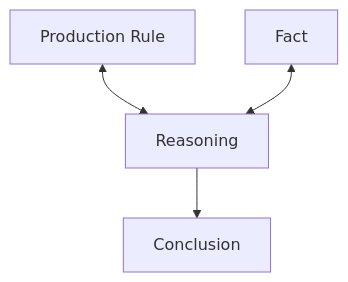
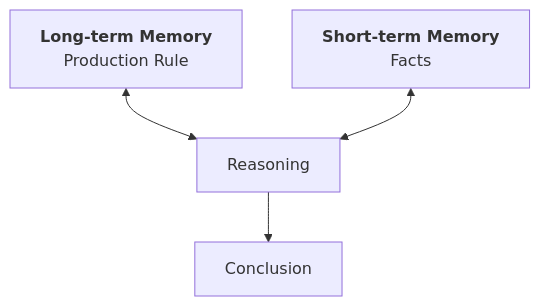
The first of 6 diagrams in 02_Rule_Based.md (hyz-courses/CISC3023-Machine-Learning-Notes), drawn with Mermaid before and after one commit. The commit also changed other lines of this file and 2 other files, not shown here.

````diff
--- a/02_Rule_Based.md
+++ b/02_Rule_Based.md
@@ -31,6 +99,13 @@
 ```mermaid
 flowchart TD
-	A[Production Rule] <--> C[Reasoning]
-	B[Fact] <--> C[Reasoning]
-	C[Reasoning] --> D[Conclusion]
+	A["`
+		**Long-term Memory** 
+		Production Rule
+	`"] <--> C[Reasoning]
+	
+	B["`
+		**Short-term Memory**
+		 Facts
+	 `"] <--> C
+	C --> D[Conclusion]
 ```
````
